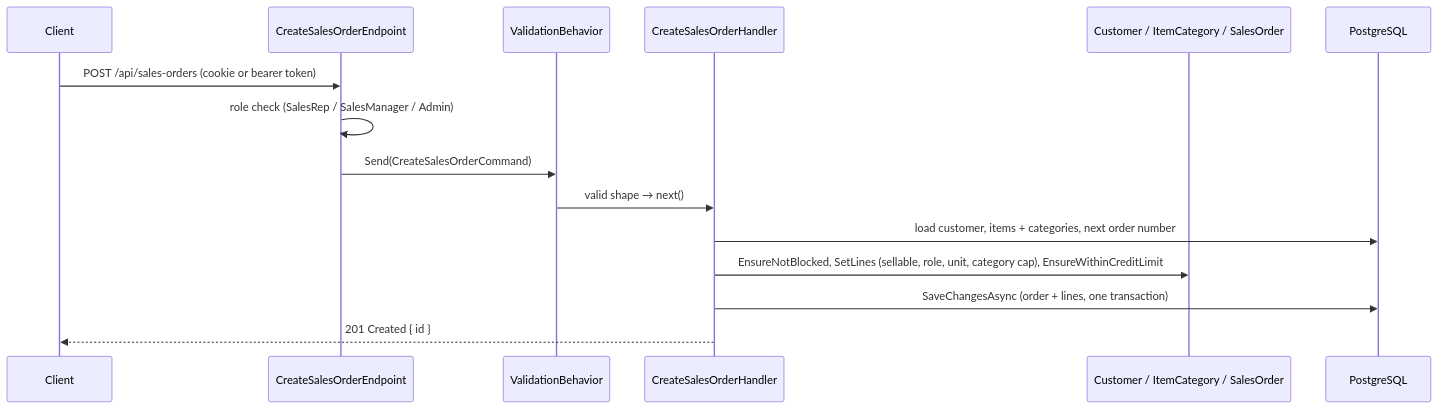
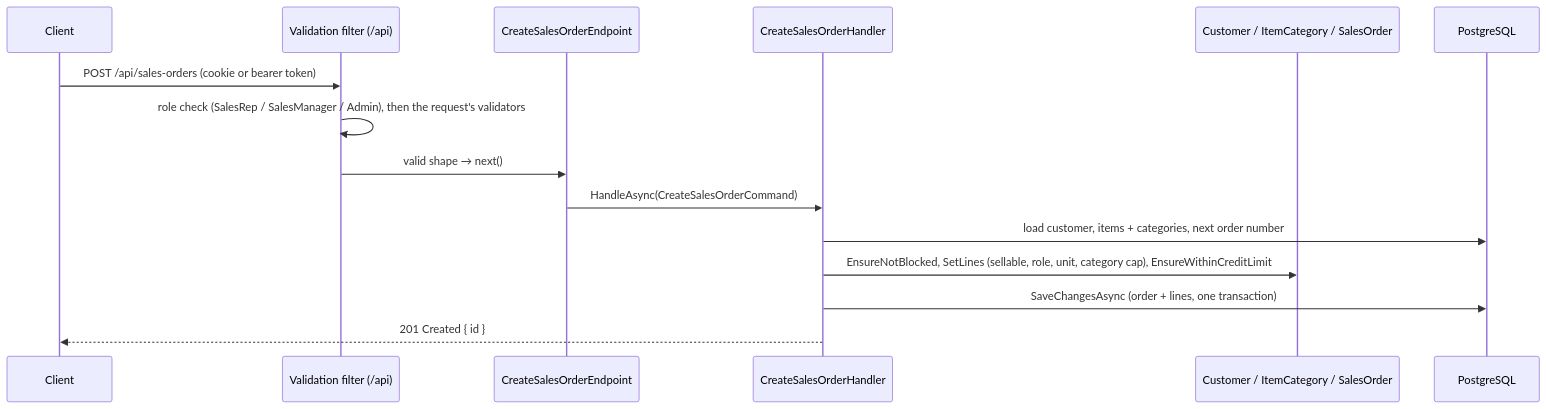
The diagram in plan-business-tutorial/07-create-order.md (Dyastinn/Modular-monolith), drawn with Mermaid before and after one commit. The commit also changed other lines of this file and 25 other files, not shown here.

````diff
--- a/plan-business-tutorial/07-create-order.md
+++ b/plan-business-tutorial/07-create-order.md
@@ -882,17 +1231,17 @@
 ```mermaid
 sequenceDiagram
   participant C as Client
+  participant V as Validation filter (/api)
   participant E as CreateSalesOrderEndpoint
-  participant V as ValidationBehavior
   participant H as CreateSalesOrderHandler
   participant D as Customer / ItemCategory / SalesOrder
   participant DB as PostgreSQL
-  C->>E: POST /api/sales-orders (cookie or bearer token)
-  E->>E: role check (SalesRep / SalesManager / Admin)
-  E->>V: Send(CreateSalesOrderCommand)
-  V->>H: valid shape → next()
+  C->>V: POST /api/sales-orders (cookie or bearer token)
+  V->>V: role check (SalesRep / SalesManager / Admin), then the request's validators
+  V->>E: valid shape → next()
+  E->>H: HandleAsync(CreateSalesOrderCommand)
   H->>DB: load customer, items + categories, next order number
   H->>D: EnsureNotBlocked, SetLines (sellable, role, unit, category cap), EnsureWithinCreditLimit
   H->>DB: SaveChangesAsync (order + lines, one transaction)
   H-->>C: 201 Created { id }
 ```
````
